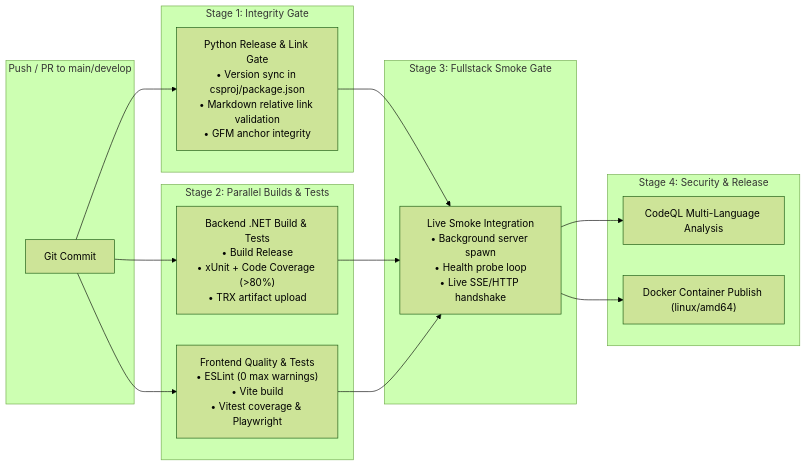
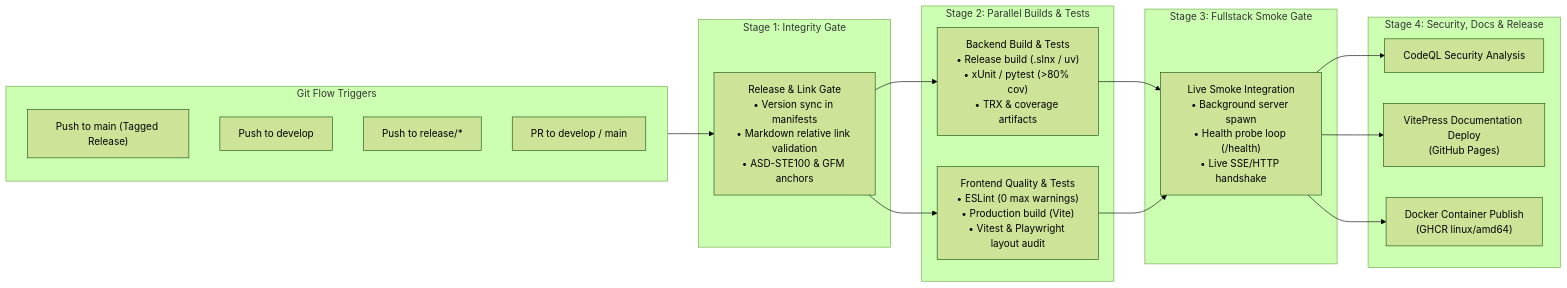
One commit to spelech/AgenticEngineeringToolbelt changed the diagram in standards/CI_CD_PIPELINES.md. Above: the diagram before and after it, drawn with Mermaid (forest theme). The commit also changed other lines of this file and 2 other files, not shown here.

Commit message:
docs(standards): reframe simulation harnesses, add git flow, apis first, and tiered testing

````diff
--- a/standards/CI_CD_PIPELINES.md
+++ b/standards/CI_CD_PIPELINES.md
@@ -9,30 +9,33 @@
 ```mermaid
 flowchart LR
-    subgraph Trigger["Push / PR to main/develop"]
-        Commit["Git Commit"]
+    subgraph Triggers["Git Flow Triggers"]
+        T1["Push to main (Tagged Release)"]
+        T2["Push to develop"]
+        T3["Push to release/*"]
+        T4["PR to develop / main"]
     end
 
     subgraph S1["Stage 1: Integrity Gate"]
-        G1["Python Release & Link Gate<br>• Version sync in csproj/package.json<br>• Markdown relative link validation<br>• GFM anchor integrity"]
+        G1["Release & Link Gate<br>• Version sync in manifests<br>• Markdown relative link validation<br>• ASD-STE100 & GFM anchors"]
     end
 
     subgraph S2["Stage 2: Parallel Builds & Tests"]
-        G2A["Backend .NET Build & Tests<br>• Build Release<br>• xUnit + Code Coverage (>80%)<br>• TRX artifact upload"]
-        G2B["Frontend Quality & Tests<br>• ESLint (0 max warnings)<br>• Vite build<br>• Vitest coverage & Playwright"]
+        G2A["Backend Build & Tests<br>• Release build (.slnx / uv)<br>• xUnit / pytest (>80% cov)<br>• TRX & coverage artifacts"]
+        G2B["Frontend Quality & Tests<br>• ESLint (0 max warnings)<br>• Production build (Vite)<br>• Vitest & Playwright layout audit"]
     end
 
     subgraph S3["Stage 3: Fullstack Smoke Gate"]
-        G3["Live Smoke Integration<br>• Background server spawn<br>• Health probe loop<br>• Live SSE/HTTP handshake"]
+        G3["Live Smoke Integration<br>• Background server spawn<br>• Health probe loop (/health)<br>• Live SSE/HTTP handshake"]
     end
 
-    subgraph S4["Stage 4: Security & Release"]
-        G4A["CodeQL Multi-Language Analysis"]
-        G4B["Docker Container Publish (linux/amd64)"]
+    subgraph S4["Stage 4: Security, Docs & Release"]
+        G4A["CodeQL Security Analysis"]
+        G4B["VitePress Documentation Deploy<br>(GitHub Pages)"]
+        G4C["Docker Container Publish<br>(GHCR linux/amd64)"]
     end
 
-    Commit --> G1
-    Commit --> G2A
-    Commit --> G2B
-    G1 & G2A & G2B --> G3
-    G3 --> G4A & G4B
+    Triggers --> G1
+    G1 --> G2A & G2B
+    G2A & G2B --> G3
+    G3 --> G4A & G4B & G4C
 ```
````
